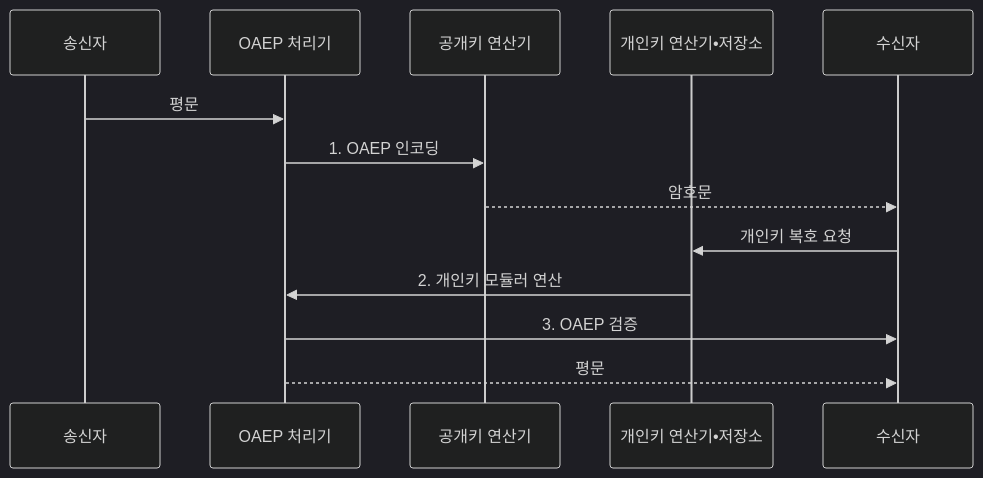
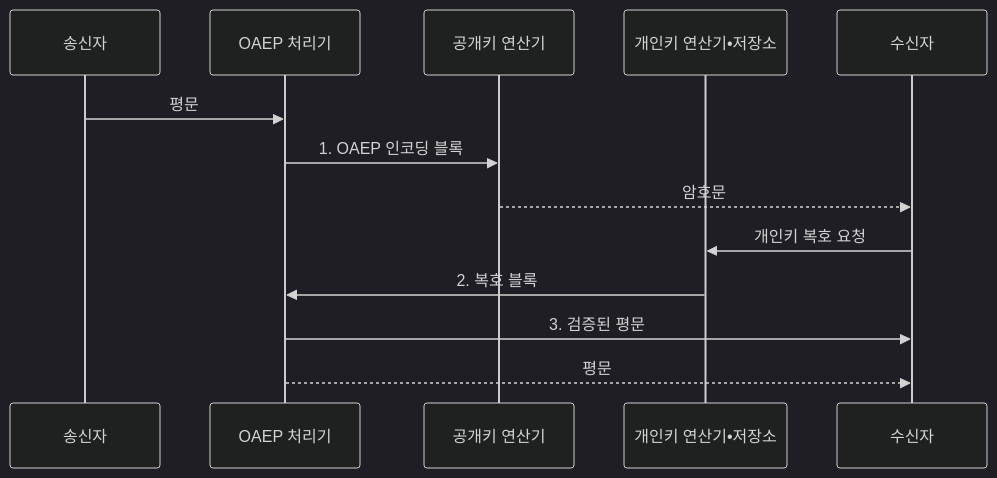
One commit to agnusdei1207/knowledge-base changed the second of 2 diagrams in src/content/docs/notes/01-basic-theory/059_crypto_math_rsa.md. Above: the diagram before and after it, drawn with Mermaid (dark theme). The commit also changed other lines of this file and 5 other files, not shown here.

````diff
--- a/src/content/docs/notes/01-basic-theory/059_crypto_math_rsa.md
+++ b/src/content/docs/notes/01-basic-theory/059_crypto_math_rsa.md
@@ -101,15 +103,15 @@
 ```mermaid
 sequenceDiagram
     participant A as 송신자
     participant O as OAEP 처리기
     participant X as 공개키 연산기
     participant H as 개인키 연산기•저장소
     participant B as 수신자
     A->>O: 평문
-    O->>X: 1. OAEP 인코딩
+    O->>X: 1. OAEP 인코딩 블록
     X-->>B: 암호문
     B->>H: 개인키 복호 요청
-    H->>O: 2. 개인키 모듈러 연산
-    O->>B: 3. OAEP 검증
+    H->>O: 2. 복호 블록
+    O->>B: 3. 검증된 평문
     O-->>B: 평문
 ```
````
